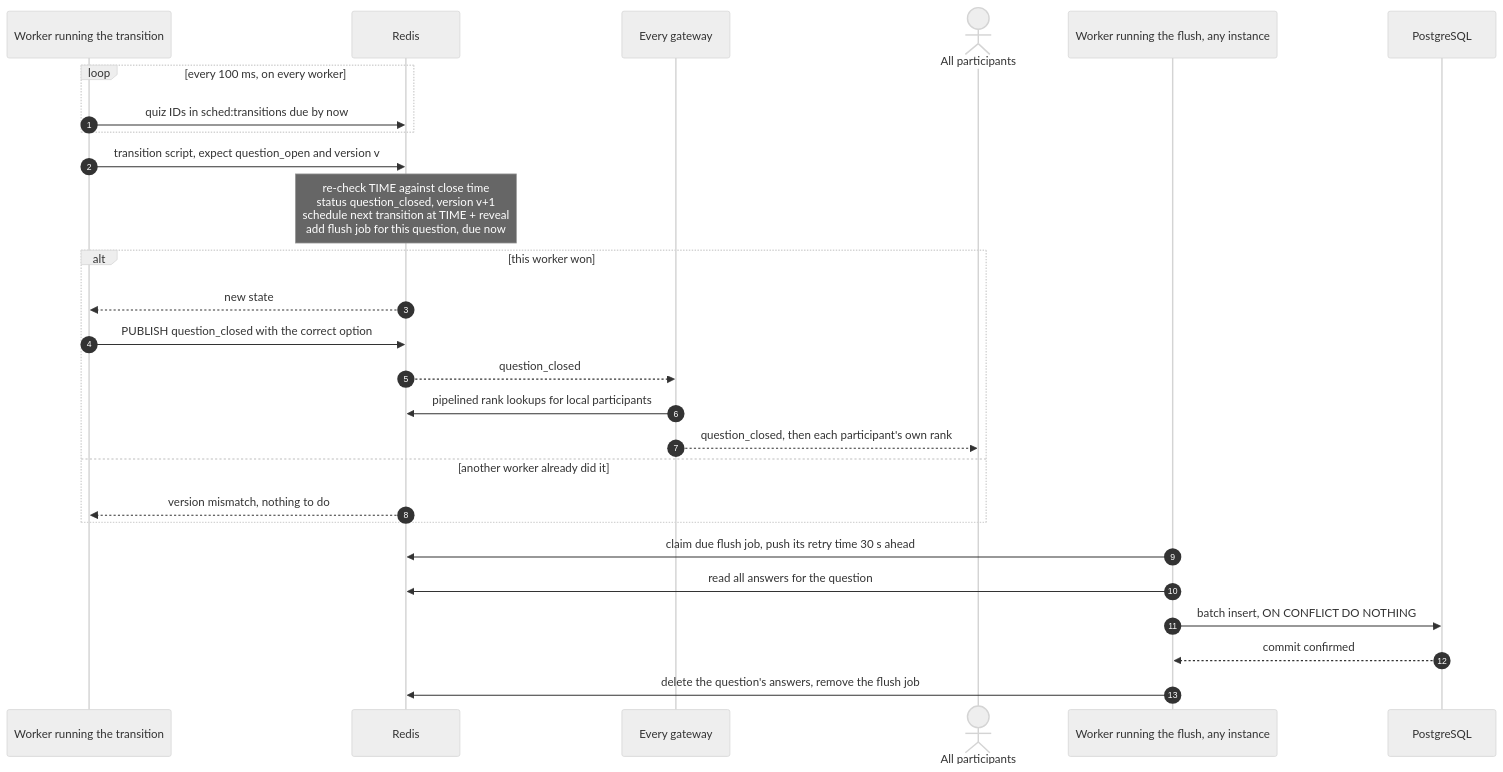
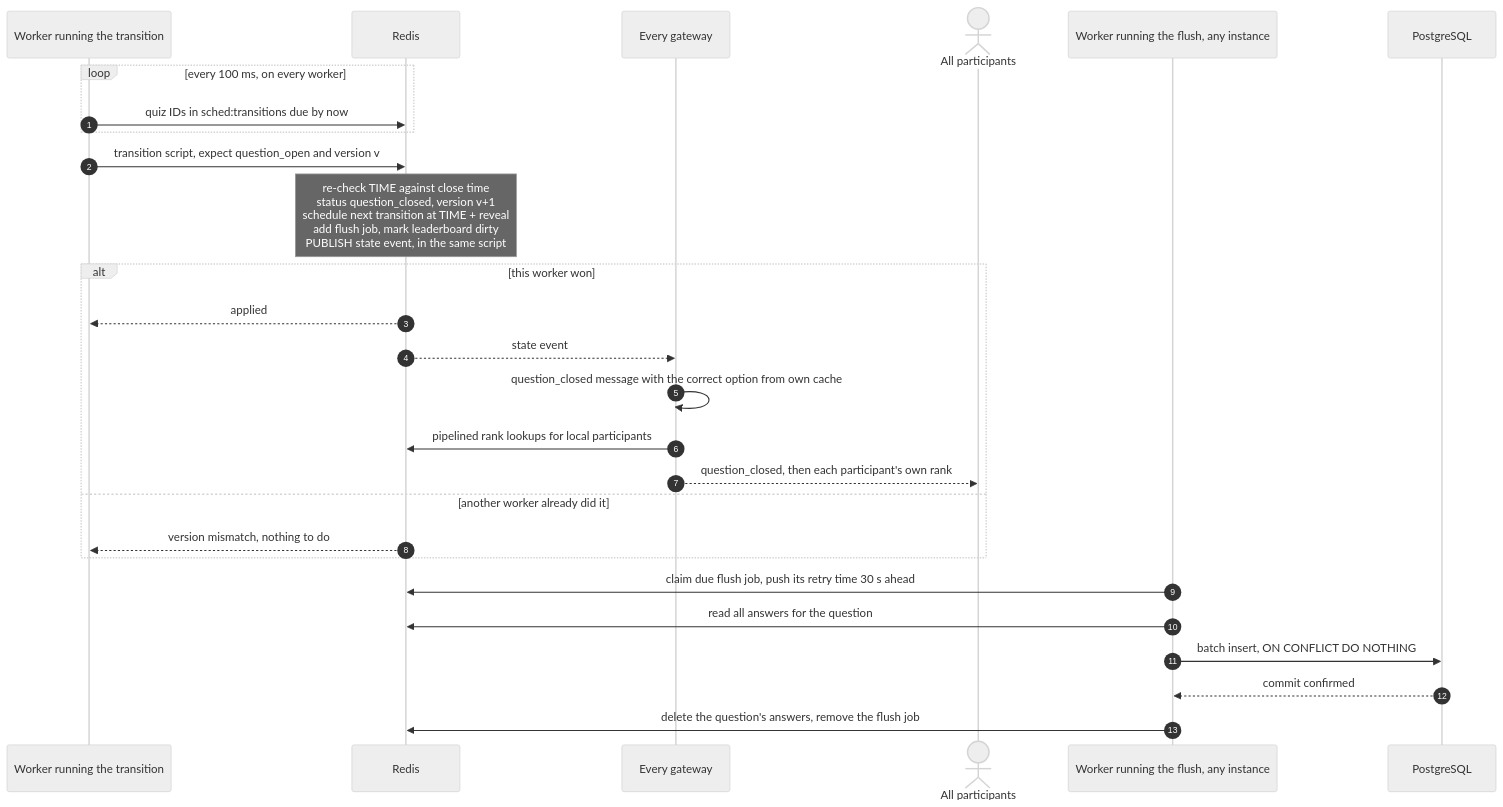
Before and after one commit to rizqyep/elsa-coding-challenge: the sixth of 8 diagrams in docs/system-design/data-flow.md, drawn with Mermaid (neutral theme). The commit also changed other lines of this file and 6 other files, not shown here.

Commit message:
docs: add schema and ops for cache and persistent data in trd

````diff
--- a/docs/system-design/data-flow.md
+++ b/docs/system-design/data-flow.md
@@ -164,31 +163,31 @@
 ```mermaid
 sequenceDiagram
     autonumber
     participant Sx as Worker running the transition
     participant R as Redis
     participant ALL as Every gateway
     actor PS as All participants
     participant Sy as Worker running the flush, any instance
     participant DB as PostgreSQL
 
     loop every 100 ms, on every worker
         Sx->>R: quiz IDs in sched:transitions due by now
     end
     Sx->>R: transition script, expect question_open and version v
-    Note over R: re-check TIME against close time<br/>status question_closed, version v+1<br/>schedule next transition at TIME + reveal<br/>add flush job for this question, due now
+    Note over R: re-check TIME against close time<br/>status question_closed, version v+1<br/>schedule next transition at TIME + reveal<br/>add flush job, mark leaderboard dirty<br/>PUBLISH state event, in the same script
     alt this worker won
-        R-->>Sx: new state
-        Sx->>R: PUBLISH question_closed with the correct option
-        R-->>ALL: question_closed
+        R-->>Sx: applied
+        R-->>ALL: state event
+        ALL->>ALL: question_closed message with the correct option from own cache
         ALL->>R: pipelined rank lookups for local participants
         ALL-->>PS: question_closed, then each participant's own rank
     else another worker already did it
         R-->>Sx: version mismatch, nothing to do
     end
 
     Sy->>R: claim due flush job, push its retry time 30 s ahead
     Sy->>R: read all answers for the question
     Sy->>DB: batch insert, ON CONFLICT DO NOTHING
     DB-->>Sy: commit confirmed
     Sy->>R: delete the question's answers, remove the flush job
 ```
````
